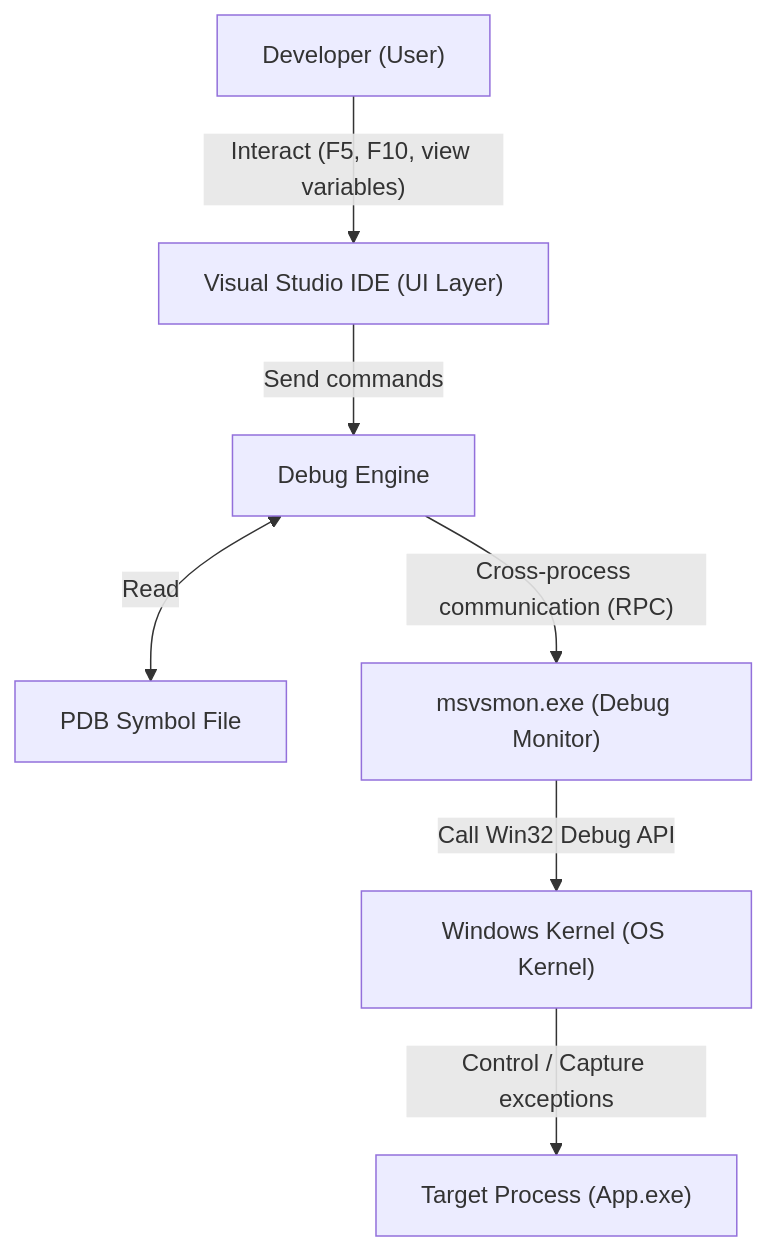
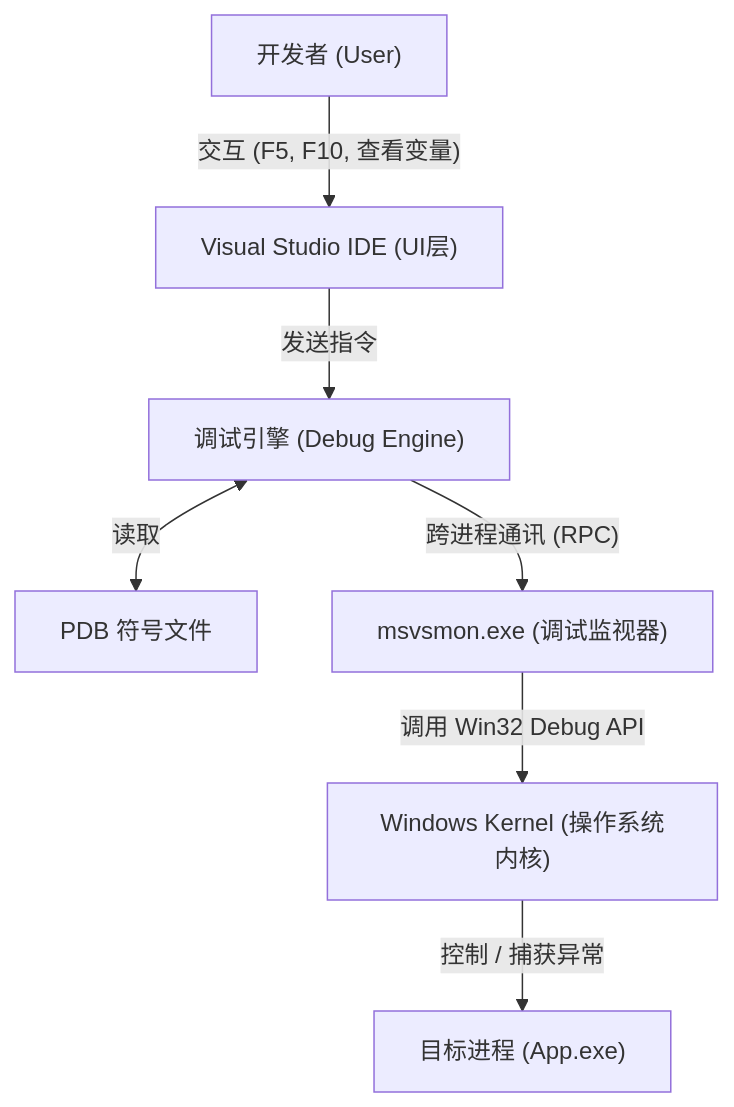
Before and after one commit to Awesome-Embedded-Learning-Studio/Tutorial_AwesomeModernCPP: the diagram in documents/en/vol7-engineering/msvc-debugging-internals.md, drawn with Mermaid. The commit also changed other lines of this file and 388 other files, not shown here.

````diff
--- a/documents/en/vol7-engineering/msvc-debugging-internals.md
+++ b/documents/en/vol7-engineering/msvc-debugging-internals.md
@@ -83,9 +88,9 @@
 ```mermaid
 flowchart TD
-    A["Developer (User)"] -->|"Interact (F5, F10, view variables)"| B["Visual Studio IDE (UI Layer)"]
-    B -->|"Send commands"| C["Debug Engine"]
-    C <-->|"Read"| D["PDB Symbol File"]
-    C -->|"Cross-process communication (RPC)"| E["msvsmon.exe (Debug Monitor)"]
-    E -->|"Call Win32 Debug API"| F["Windows Kernel (OS Kernel)"]
-    F -->|"Control / Capture exceptions"| G["Target Process (App.exe)"]
+    A["开发者 (User)"] -->|"交互 (F5, F10, 查看变量)"| B["Visual Studio IDE (UI层)"]
+    B -->|"发送指令"| C["调试引擎 (Debug Engine)"]
+    C <-->|"读取"| D["PDB 符号文件"]
+    C -->|"跨进程通讯 (RPC)"| E["msvsmon.exe (调试监视器)"]
+    E -->|"调用 Win32 Debug API"| F["Windows Kernel (操作系统内核)"]
+    F -->|"控制 / 捕获异常"| G["目标进程 (App.exe)"]
 ```
````
